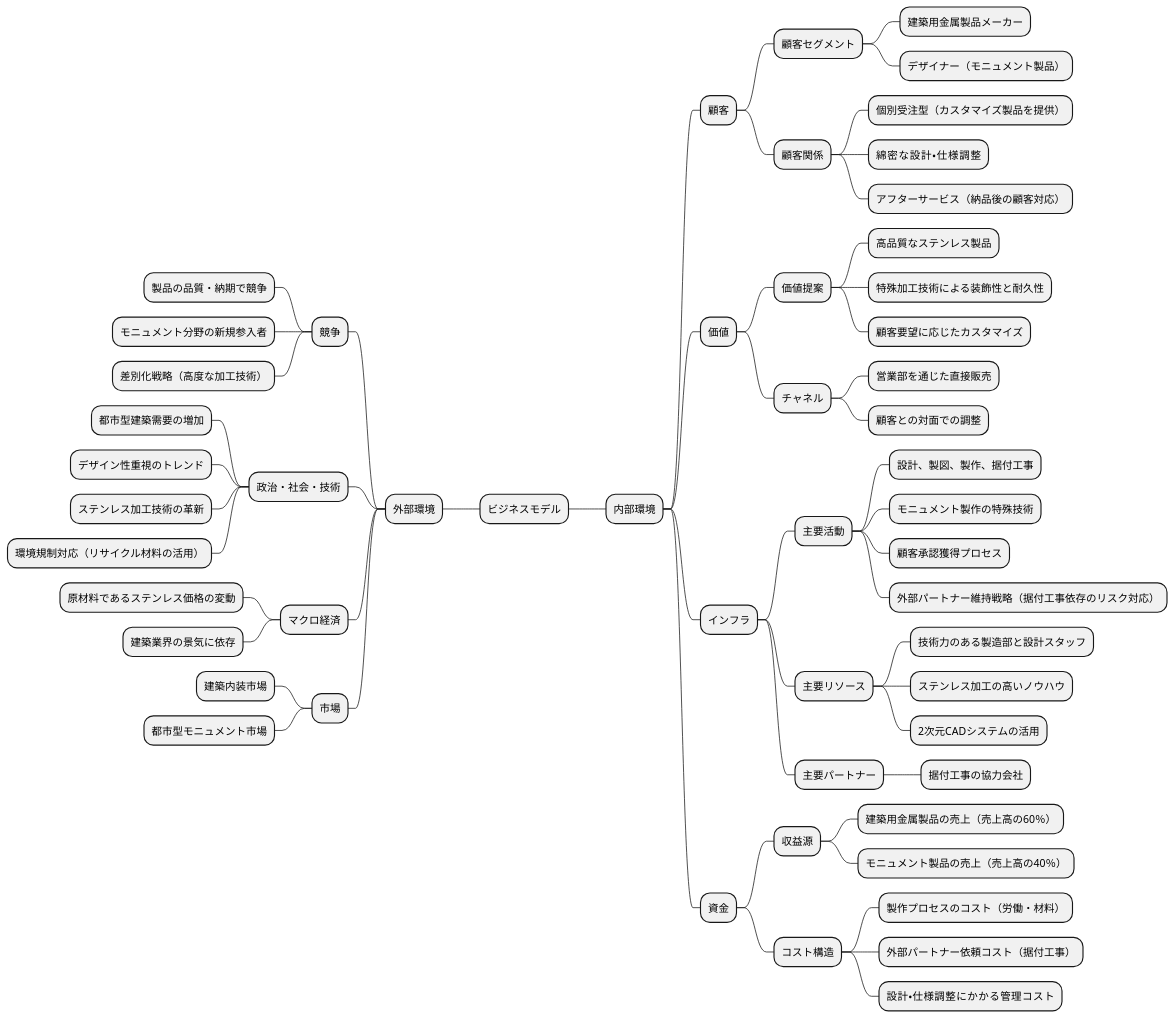
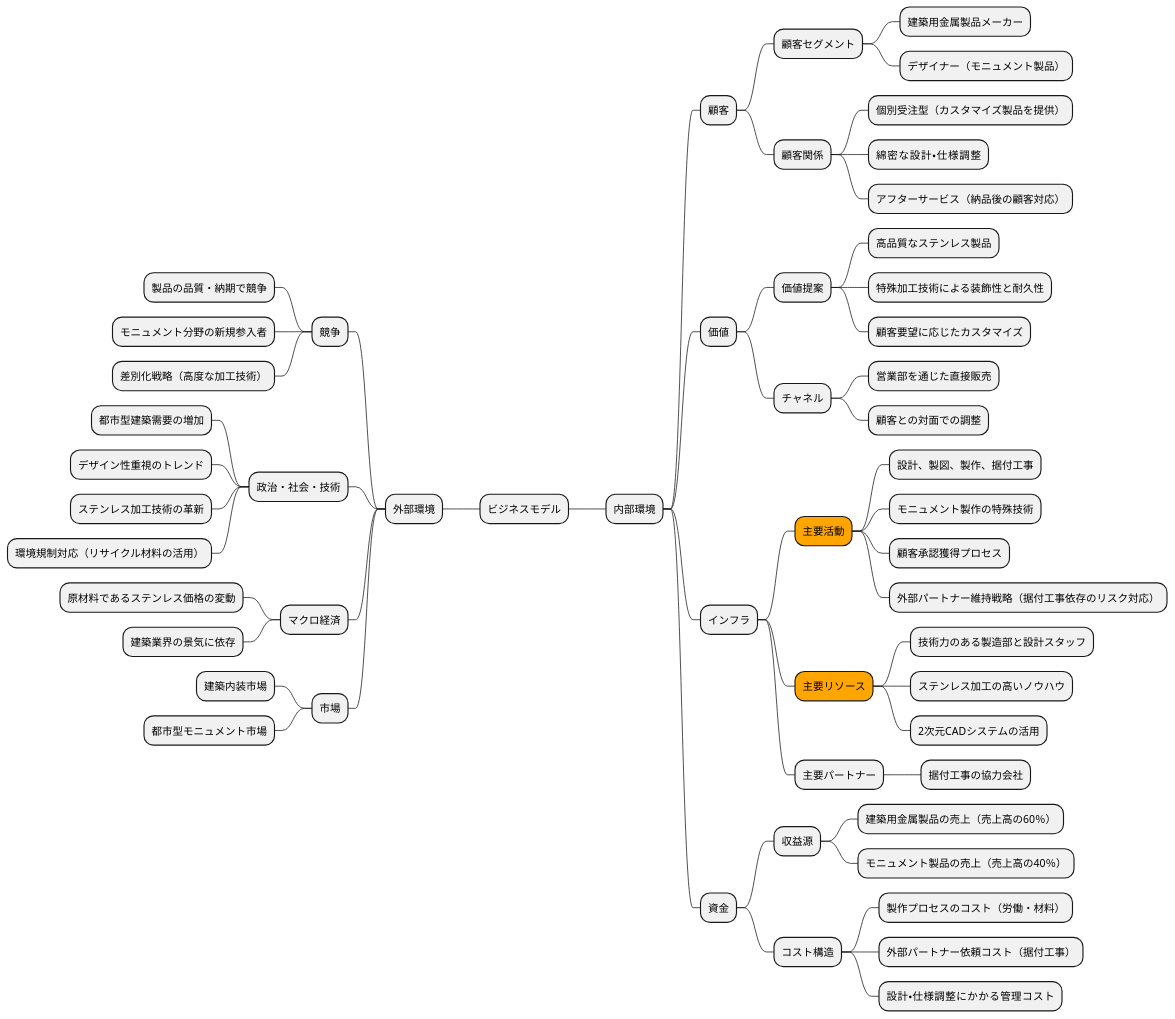
The second of 19 diagrams in docs/case/r02_case_3.adoc (k2works/case-study-business-analysis), drawn with PlantUML before and after one commit. The commit also changed other lines of this file, not shown here.

```diff
--- a/docs/case/r02_case_3.adoc
+++ b/docs/case/r02_case_3.adoc
@@ -76,62 +80,62 @@
 [plantuml]
 ----
 @startmindmap
 
 * ビジネスモデル
 ** 内部環境
 *** 顧客
 **** 顧客セグメント
 ***** 建築用金属製品メーカー
 ***** デザイナー（モニュメント製品）
 **** 顧客関係
 ***** 個別受注型（カスタマイズ製品を提供）
 ***** 綿密な設計・仕様調整
 ***** アフターサービス（納品後の顧客対応）
 *** 価値
 **** 価値提案
 ***** 高品質なステンレス製品
 ***** 特殊加工技術による装飾性と耐久性
 ***** 顧客要望に応じたカスタマイズ
 **** チャネル
 ***** 営業部を通じた直接販売
 ***** 顧客との対面での調整
 *** インフラ
-**** 主要活動
+****[#orange] 主要活動
 ***** 設計、製図、製作、据付工事
 ***** モニュメント製作の特殊技術
 ***** 顧客承認獲得プロセス
 ***** 外部パートナー維持戦略（据付工事依存のリスク対応）
-**** 主要リソース
+****[#orange] 主要リソース
 ***** 技術力のある製造部と設計スタッフ
 ***** ステンレス加工の高いノウハウ
 ***** 2次元CADシステムの活用
 **** 主要パートナー
 ***** 据付工事の協力会社
 *** 資金
 **** 収益源
 ***** 建築用金属製品の売上（売上高の60％）
 ***** モニュメント製品の売上（売上高の40％）
 **** コスト構造
 ***** 製作プロセスのコスト（労働・材料）
 ***** 外部パートナー依頼コスト（据付工事）
 ***** 設計・仕様調整にかかる管理コスト
 left side
 ** 外部環境
 *** 競争
 **** 製品の品質・納期で競争
 **** モニュメント分野の新規参入者
 **** 差別化戦略（高度な加工技術）
 *** 政治・社会・技術
 **** 都市型建築需要の増加
 **** デザイン性重視のトレンド
 **** ステンレス加工技術の革新
 **** 環境規制対応（リサイクル材料の活用）
 *** マクロ経済
 **** 原材料であるステンレス価格の変動
 **** 建築業界の景気に依存
 *** 市場
 **** 建築内装市場
 **** 都市型モニュメント市場
 
 @endmindmap
 ----
```
